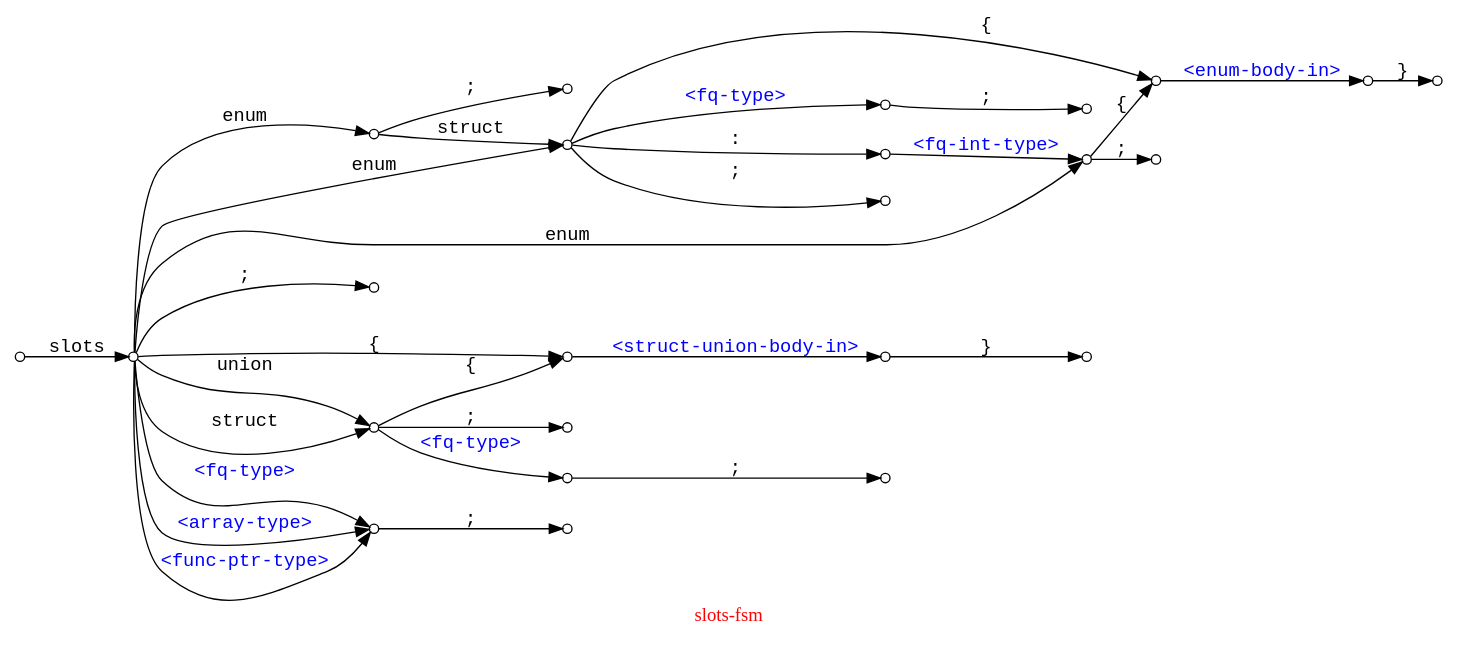
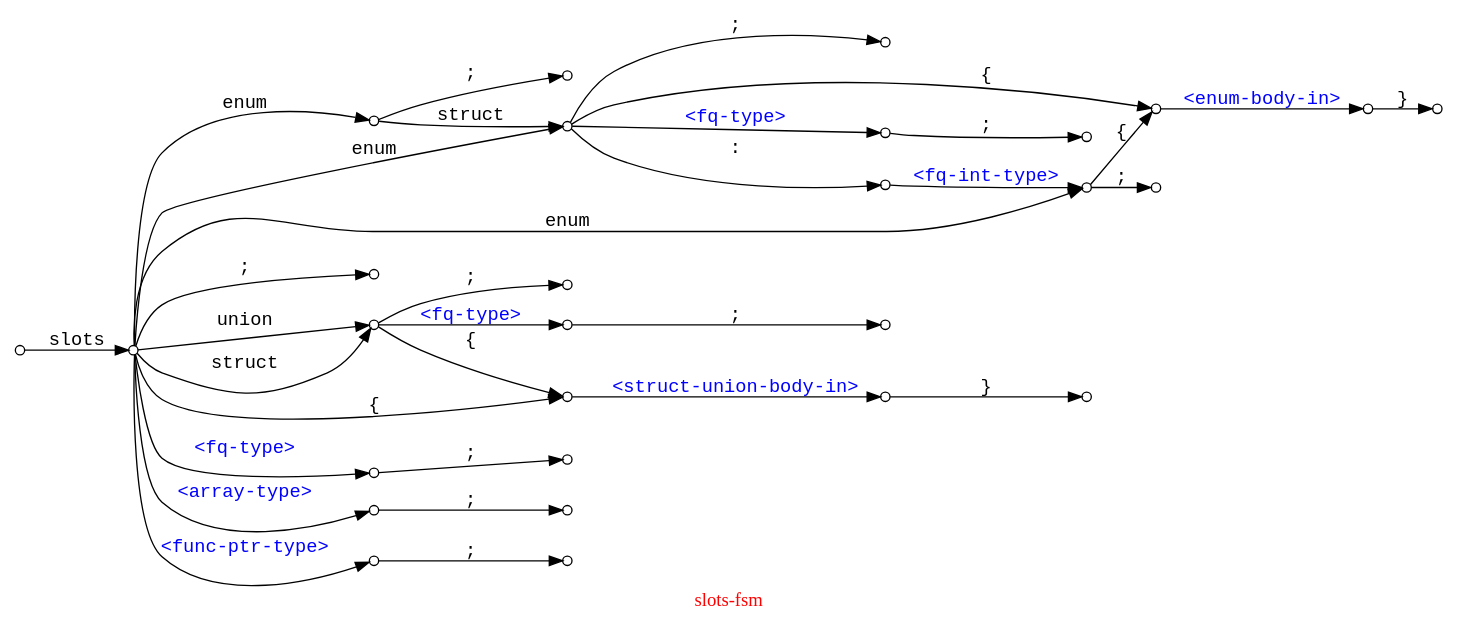
One commit to Ayyzee/dakota changed the diagram in slots-fsm.dot. Above: the diagram before and after it, drawn with Graphviz.

Commit message:
Improved layout.

```diff
--- a/slots-fsm.dot
+++ b/slots-fsm.dot
@@ -1,84 +1,86 @@
 // -*- mode: c++ -*-
 
 // slots                  ;
 // slots               <> ;
 // slots                  { ... }
 
 // slots struct           ;
 // slots struct        <> ;
 // slots struct           { ... }
 
 // slots union            ;
 // slots union         <> ;
 // slots union            { ... }
 
 // slots enum             ;
 // slots enum          <> ;
 // slots enum             { ... }
 // slots enum        : <> ;
 // slots enum        : <> { ... }
 
 // slots enum struct      ;
 // slots enum struct   <> ;
 // slots enum struct      { ... }
 // slots enum struct : <> ;
 // slots enum struct : <> { ... }
 
 // slots <array-type>     ;
 // slots <func-ptr-type>  ;
 
 digraph "slots-fsm" {
   graph [ rankdir = LR, label = "\G", fontcolor = red ];
   edge [ fontname = "courier" ];
   node [ shape = circle, fontsize = 12, width = 0.3, fixedsize = true ];
   node [ label = "", width = 0.1 ];
 
   000 -> 010 [ label = "slots" ];
   010 -> 020 [ label = "enum" ];
   010 -> 030 [ label = "enum" ];
   010 -> 050 [ label = "enum" ];
   020 -> 030 [ label = "struct" ];
   010 -> 015 [ label = ";" ];
   020 -> 025 [ label = ";" ];
   030 -> 040 [ label = ":" ];
   030 -> 035 [ label = ";" ];
   030 -> 060 [ label = "{" ];
   030 -> 170 [ label = "<fq-type>", fontcolor = blue ];
   170 -> 180 [ label = ";" ];
   040 -> 050 [ label = "<fq-int-type>", fontcolor = blue ];
   050 -> 060 [ label = "{" ];
   050 -> 055 [ label = ";" ];
   060 -> 070 [ label = "<enum-body-in>", fontcolor = blue ];
   070 -> 080 [ label = "}" ];
 
   010 -> 100 [ label = "union" ];
   010 -> 100 [ label = "struct" ];
   010 -> 110 [ label = "{" ];
   100 -> 110 [ label = "{" ];
   100 -> 105 [ label = ";" ];
   100 -> 150 [ label = "<fq-type>", fontcolor = blue ];
   150 -> 160 [ label = ";" ];
   110 -> 120 [ label = "<struct-union-body-in>", fontcolor = blue ];
   120 -> 130 [ label = "}" ];
 
   010 -> 140 [ label = "<fq-type>", fontcolor = blue ];
-  010 -> 140 [ label = "<array-type>", fontcolor = blue ];
-  010 -> 140 [ label = "<func-ptr-type>", fontcolor = blue ];
+  010 -> 141 [ label = "<array-type>", fontcolor = blue ];
+  010 -> 142 [ label = "<func-ptr-type>", fontcolor = blue ];
   140 -> 145 [ label = ";" ];
+  141 -> 146 [ label = ";" ];
+  142 -> 147 [ label = ";" ];
 
 //   subgraph {
 //     graph [ rank = same ];
 //     050;
 //     100;
 //     140;
 //   }
 //   subgraph {
 //     graph [ rank = same ];
 //     015;
 //     025;
 //     035;
 //     055;
 //     105;
 //     145;
 //   }
 }
```
